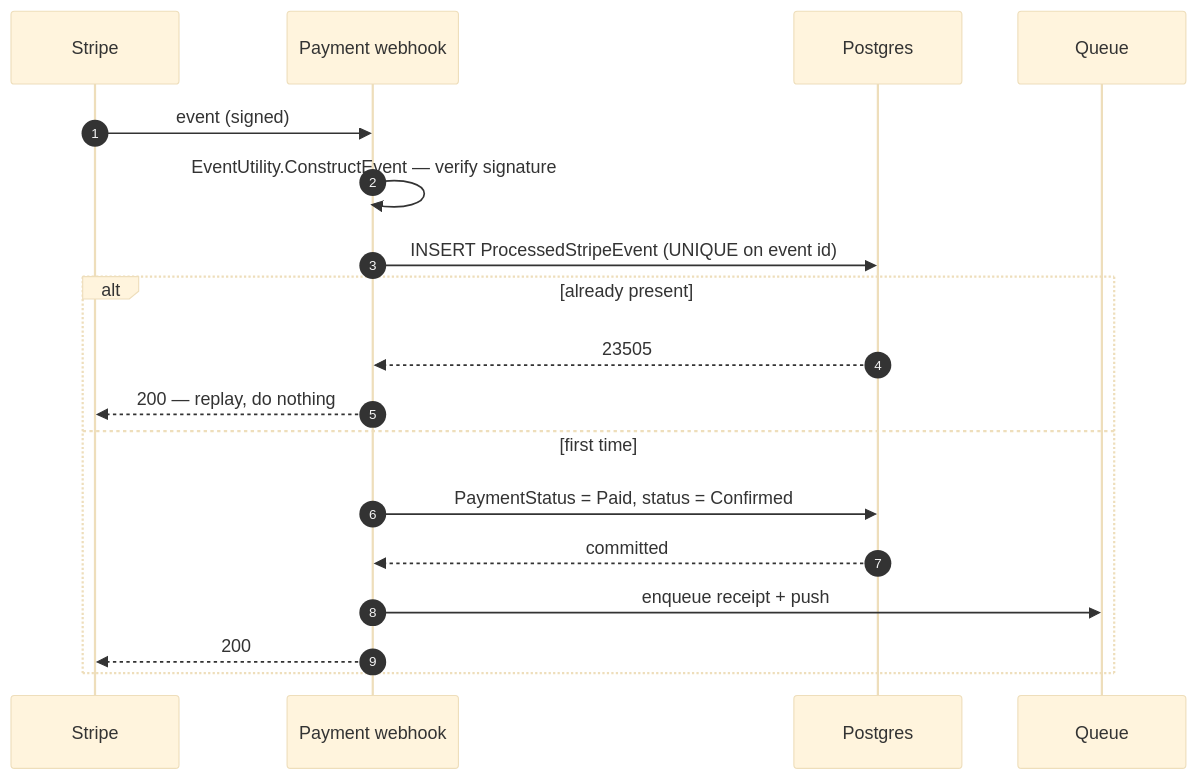
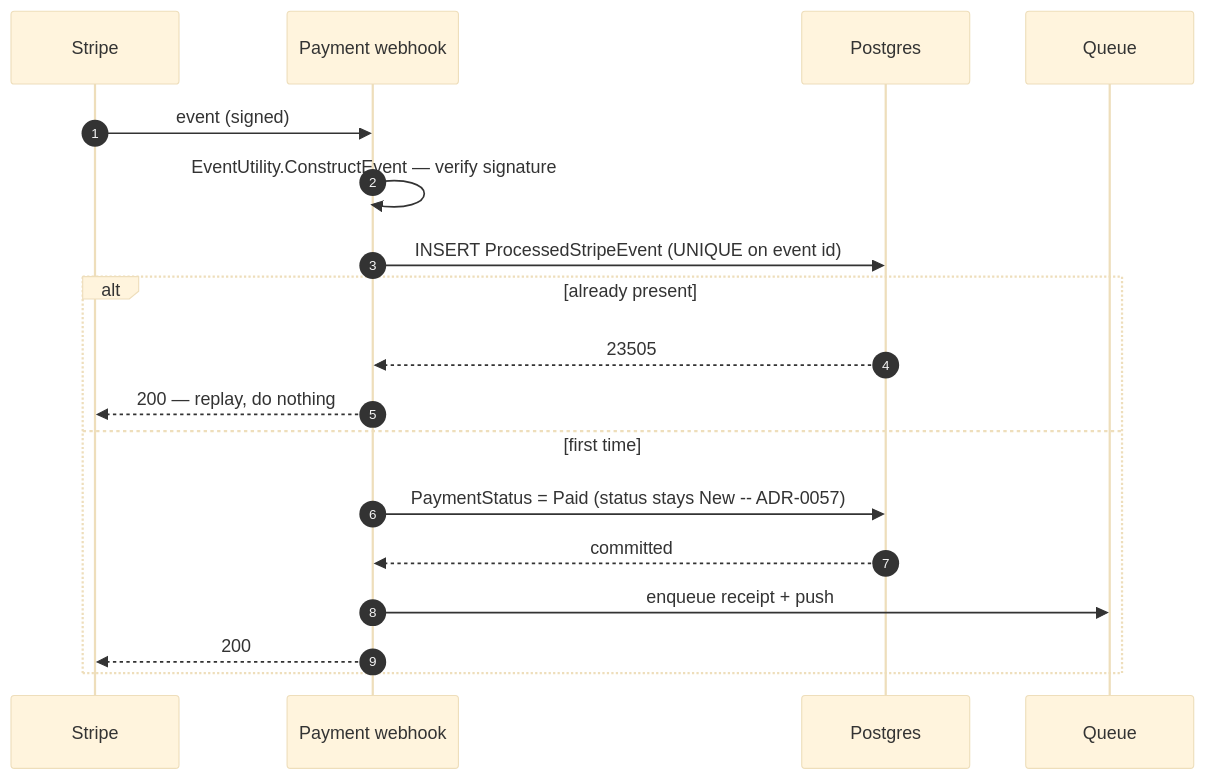
One commit to VM-s-Solutions/cleansia changed the diagram in docs/flows/payment-and-fiscal.md. Above: the diagram before and after it, drawn with Mermaid (base theme). The commit also changed other lines of this file and 10 other files, not shown here.

````diff
--- a/docs/flows/payment-and-fiscal.md
+++ b/docs/flows/payment-and-fiscal.md
@@ -8,21 +8,21 @@
 ```mermaid
 sequenceDiagram
   autonumber
   participant S as Stripe
   participant W as Payment webhook
   participant DB as Postgres
   participant Q as Queue
 
   S->>W: event (signed)
   W->>W: EventUtility.ConstructEvent — verify signature
   W->>DB: INSERT ProcessedStripeEvent (UNIQUE on event id)
   alt already present
     DB-->>W: 23505
     W-->>S: 200 — replay, do nothing
   else first time
-    W->>DB: PaymentStatus = Paid, status = Confirmed
+    W->>DB: PaymentStatus = Paid (status stays New -- ADR-0057)
     DB-->>W: committed
     W->>Q: enqueue receipt + push
     W-->>S: 200
   end
 ```
````
